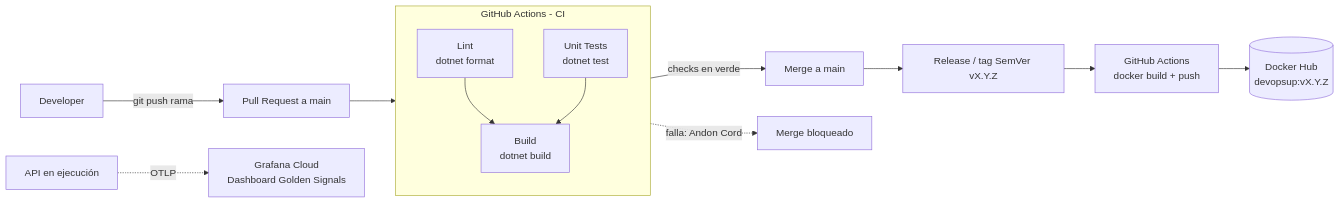
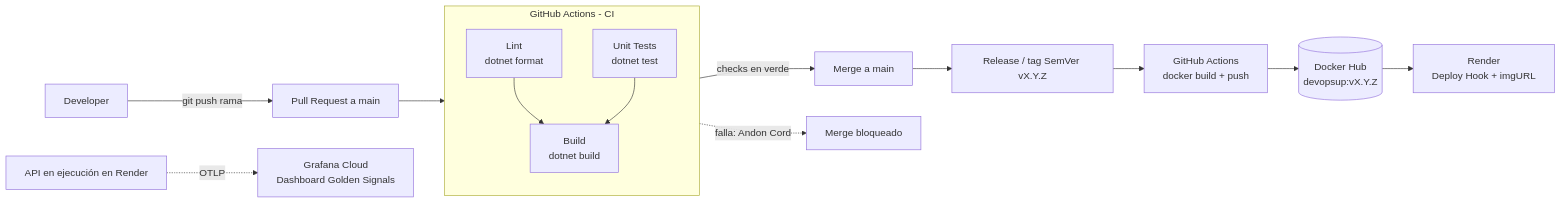
The diagram in README.md (sdaschagasmg-collab/DevOpsUP), drawn with Mermaid before and after one commit. The commit also changed other lines of this file, not shown here.

Commit message:
docs: actualizar README a v1.0.3 y CD automatico en Render (#24)

````diff
--- a/README.md
+++ b/README.md
@@ -277,18 +295,19 @@
 ```mermaid
 flowchart LR
     DEV[Developer] -->|git push rama| PR[Pull Request a main]
     PR --> CI
 
     subgraph CI [GitHub Actions - CI]
         LINT[Lint<br/>dotnet format] --> BUILD
         TEST[Unit Tests<br/>dotnet test] --> BUILD[Build<br/>dotnet build]
     end
 
     CI -->|checks en verde| MERGE[Merge a main]
     CI -.->|falla: Andon Cord| STOP[Merge bloqueado]
     MERGE --> TAG[Release / tag SemVer vX.Y.Z]
     TAG --> PUB[GitHub Actions<br/>docker build + push]
     PUB --> HUB[(Docker Hub<br/>devopsup:vX.Y.Z)]
+    HUB --> RENDER[Render<br/>Deploy Hook + imgURL]
 
-    APP[API en ejecución] -.->|OTLP| GRAF[Grafana Cloud<br/>Dashboard Golden Signals]
+    APP[API en ejecución en Render] -.->|OTLP| GRAF[Grafana Cloud<br/>Dashboard Golden Signals]
 ```
````
